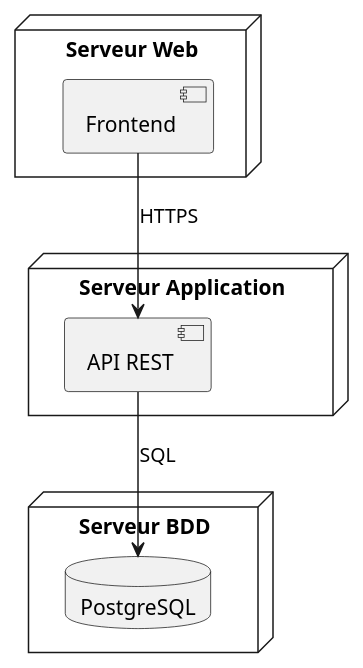
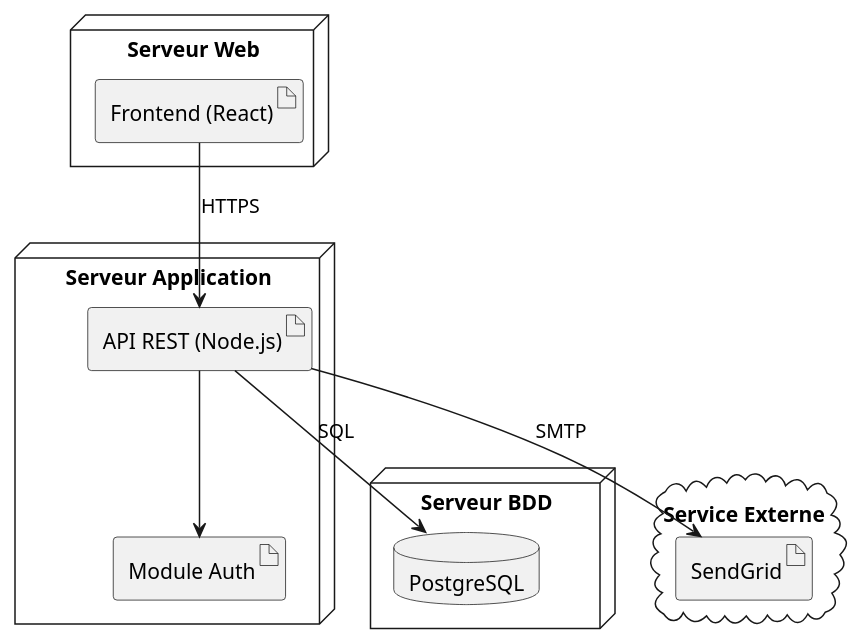
Before and after one commit to JR-CIEL-2-PROGRAMMATION/uml-learning: the sixth of 6 diagrams in 07-diagramme-composants-deploiement/notes.md, drawn with PlantUML. The commit also changed other lines of this file and 5 other files, not shown here.

````diff
--- a/07-diagramme-composants-deploiement/notes.md
+++ b/07-diagramme-composants-deploiement/notes.md
@@ -68,16 +201,25 @@
 ```plantuml
 @startuml
 node "Serveur Web" {
-  [Frontend]
-}
-node "Serveur Application" {
-  [API REST]
-}
-node "Serveur BDD" {
-  database "PostgreSQL"
+    artifact "Frontend (React)" as FE
 }
 
-[Frontend] --> [API REST] : HTTPS
-[API REST] --> PostgreSQL : SQL
+node "Serveur Application" {
+    artifact "API REST (Node.js)" as API
+    artifact "Module Auth" as Auth
+}
+
+node "Serveur BDD" {
+    database "PostgreSQL" as DB
+}
+
+cloud "Service Externe" {
+    artifact "SendGrid" as Email
+}
+
+FE --> API : HTTPS
+API --> Auth
+API --> DB : SQL
+API --> Email : SMTP
 @enduml
 ```
````
